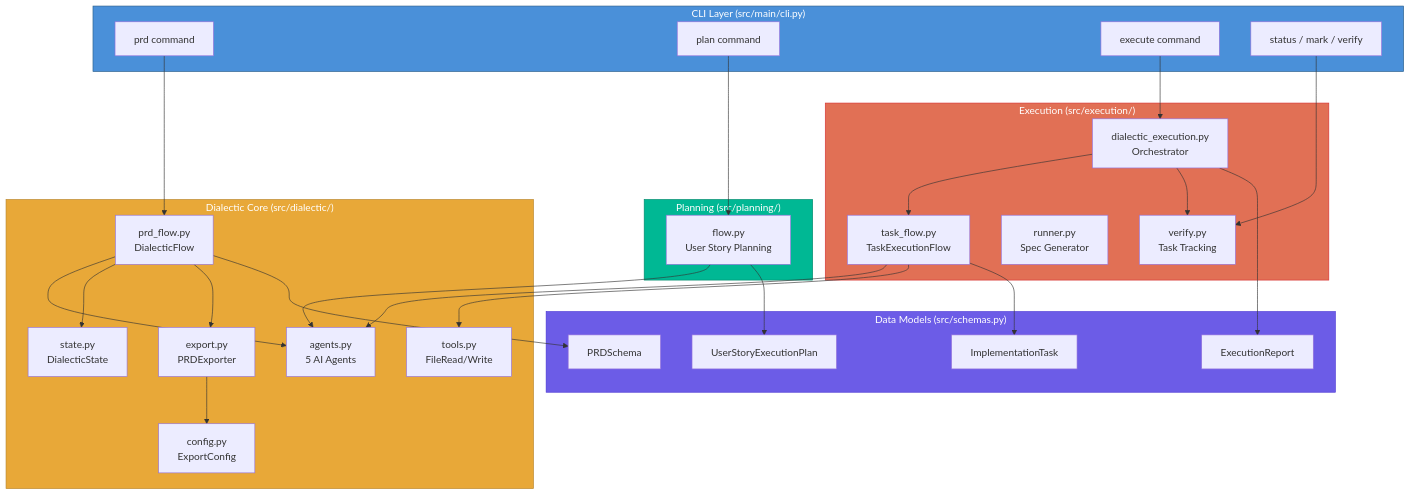
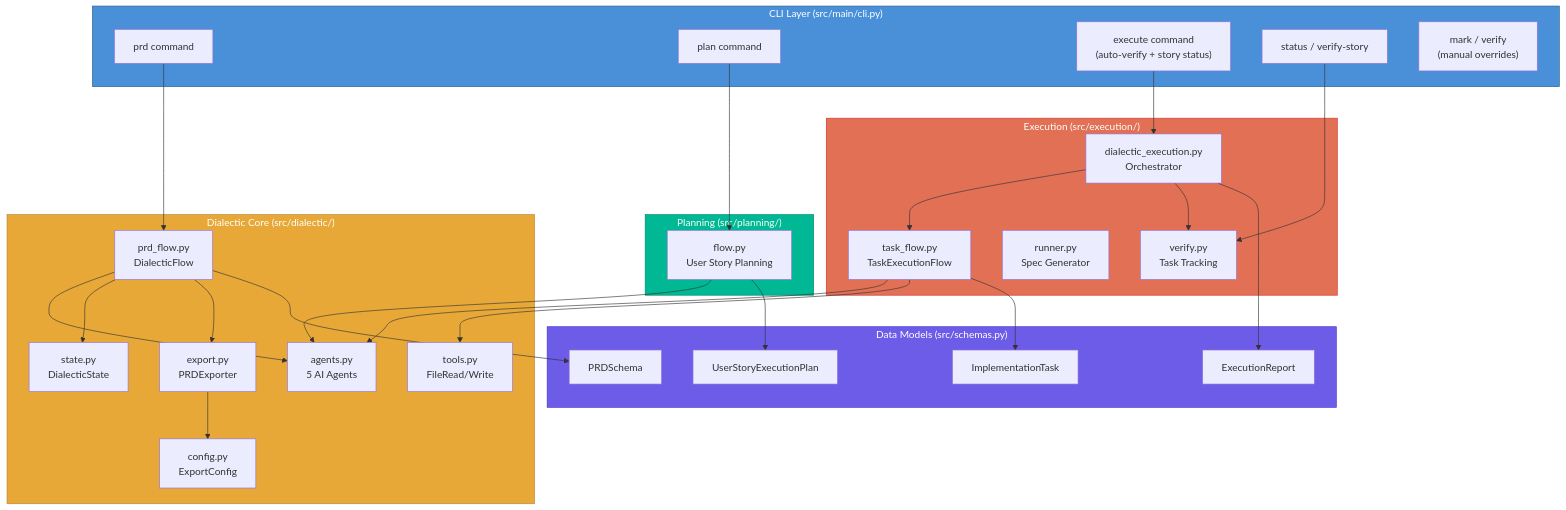
One commit to darthlinuxer/dialectic-crew-ai changed the first of 4 diagrams in docs/architecture.md. Above: the diagram before and after it, drawn with Mermaid. The commit also changed other lines of this file and 9 other files, not shown here.

First line of the commit message:
feat: auto-verify tasks against PRD and track user story completion

````diff
--- a/docs/architecture.md
+++ b/docs/architecture.md
@@ -9,62 +9,63 @@
 ```mermaid
 graph TB
     subgraph CLI["CLI Layer (src/main/cli.py)"]
         CMD_PRD["prd command"]
         CMD_PLAN["plan command"]
-        CMD_EXEC["execute command"]
-        CMD_STATUS["status / mark / verify"]
+        CMD_EXEC["execute command<br/>(auto-verify + story status)"]
+        CMD_STATUS["status / verify-story"]
+        CMD_OVERRIDES["mark / verify<br/>(manual overrides)"]
     end
 
     subgraph Core["Dialectic Core (src/dialectic/)"]
         AGENTS["agents.py<br/>5 AI Agents"]
         PRD_FLOW["prd_flow.py<br/>DialecticFlow"]
         STATE["state.py<br/>DialecticState"]
         EXPORT["export.py<br/>PRDExporter"]
         CONFIG["config.py<br/>ExportConfig"]
         TOOLS["tools.py<br/>FileRead/Write"]
     end
 
     subgraph Planning["Planning (src/planning/)"]
         PLAN_FLOW["flow.py<br/>User Story Planning"]
     end
 
     subgraph Execution["Execution (src/execution/)"]
         DIAL_EXEC["dialectic_execution.py<br/>Orchestrator"]
         TASK_FLOW["task_flow.py<br/>TaskExecutionFlow"]
         RUNNER["runner.py<br/>Spec Generator"]
         VERIFY["verify.py<br/>Task Tracking"]
     end
 
     subgraph Schemas["Data Models (src/schemas.py)"]
         PRD_S["PRDSchema"]
         PLAN_S["UserStoryExecutionPlan"]
         TASK_S["ImplementationTask"]
         EXEC_S["ExecutionReport"]
     end
 
     CMD_PRD --> PRD_FLOW
     CMD_PLAN --> PLAN_FLOW
     CMD_EXEC --> DIAL_EXEC
     CMD_STATUS --> VERIFY
 
     PRD_FLOW --> AGENTS
     PRD_FLOW --> STATE
     PRD_FLOW --> EXPORT
     PLAN_FLOW --> AGENTS
     DIAL_EXEC --> TASK_FLOW
     TASK_FLOW --> AGENTS
     TASK_FLOW --> TOOLS
     DIAL_EXEC --> VERIFY
 
     EXPORT --> CONFIG
     PRD_FLOW --> PRD_S
     PLAN_FLOW --> PLAN_S
     TASK_FLOW --> TASK_S
     DIAL_EXEC --> EXEC_S
 
     style CLI fill:#4A90D9,stroke:#2C5F8A,color:#fff
     style Core fill:#E8A838,stroke:#B8862D,color:#fff
     style Planning fill:#00B894,stroke:#00896B,color:#fff
     style Execution fill:#E17055,stroke:#D63031,color:#fff
     style Schemas fill:#6C5CE7,stroke:#4834D4,color:#fff
 ```
````
